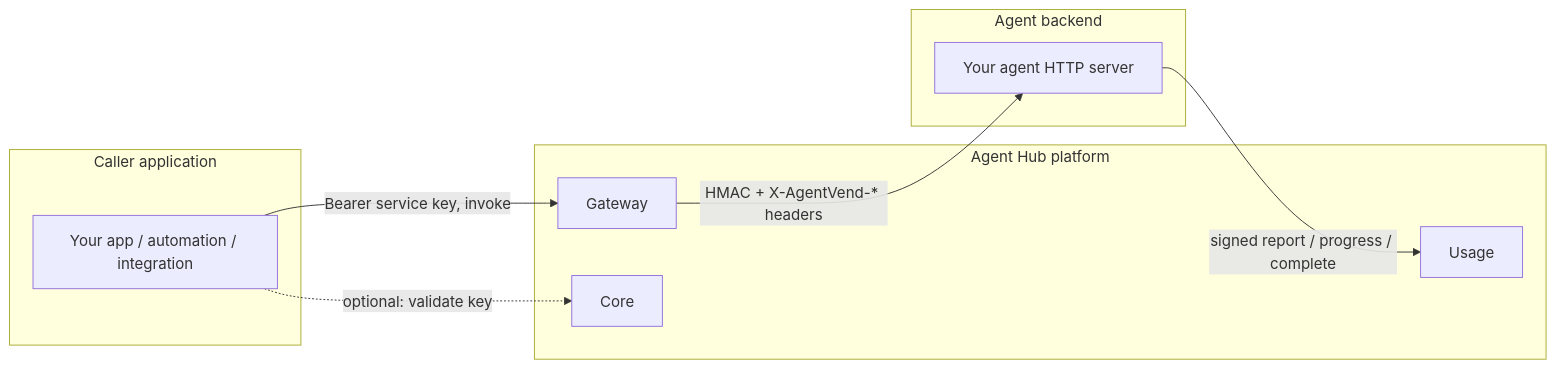
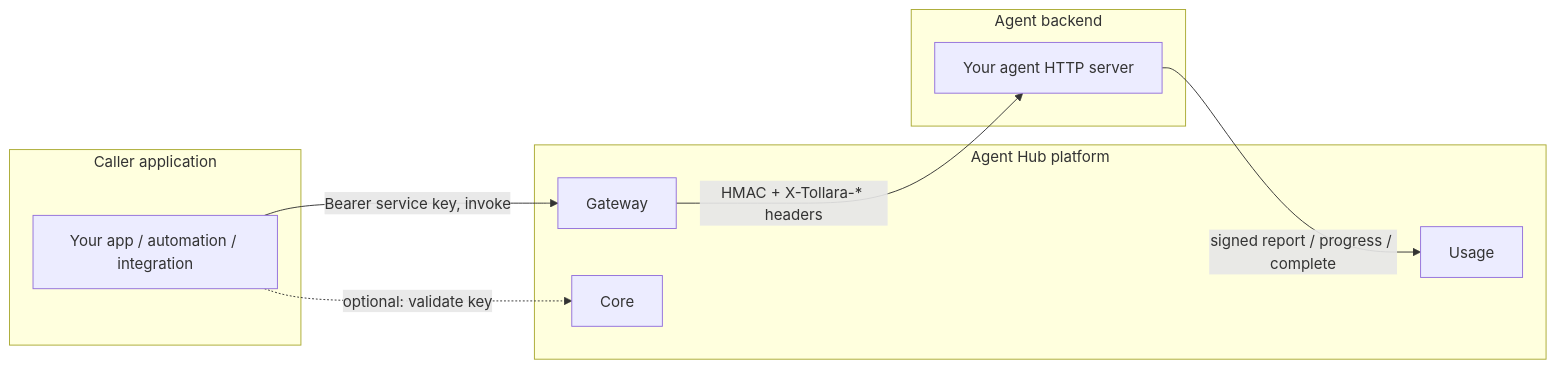
Before and after one commit to tollara/tollara-sdk: the first of 8 diagrams in docs/sdk-callers-and-backends.md, drawn with Mermaid. The commit also changed other lines of this file and 205 other files, not shown here.

````diff
--- a/docs/sdk-callers-and-backends.md
+++ b/docs/sdk-callers-and-backends.md
@@ -22,21 +22,21 @@
 ```mermaid
 flowchart LR
   subgraph Caller["Caller application"]
     C[Your app / automation / integration]
   end
 
   subgraph Platform["Agent Hub platform"]
     GW[Gateway]
     CORE[Core]
     USAGE[Usage]
   end
 
   subgraph Backend["Agent backend"]
     AG[Your agent HTTP server]
   end
 
   C -->|"Bearer service key, invoke"| GW
-  GW -->|"HMAC + X-AgentVend-* headers"| AG
+  GW -->|"HMAC + X-Tollara-* headers"| AG
   C -.->|"optional: validate key"| CORE
   AG -->|"signed report / progress / complete"| USAGE
 ```
````
